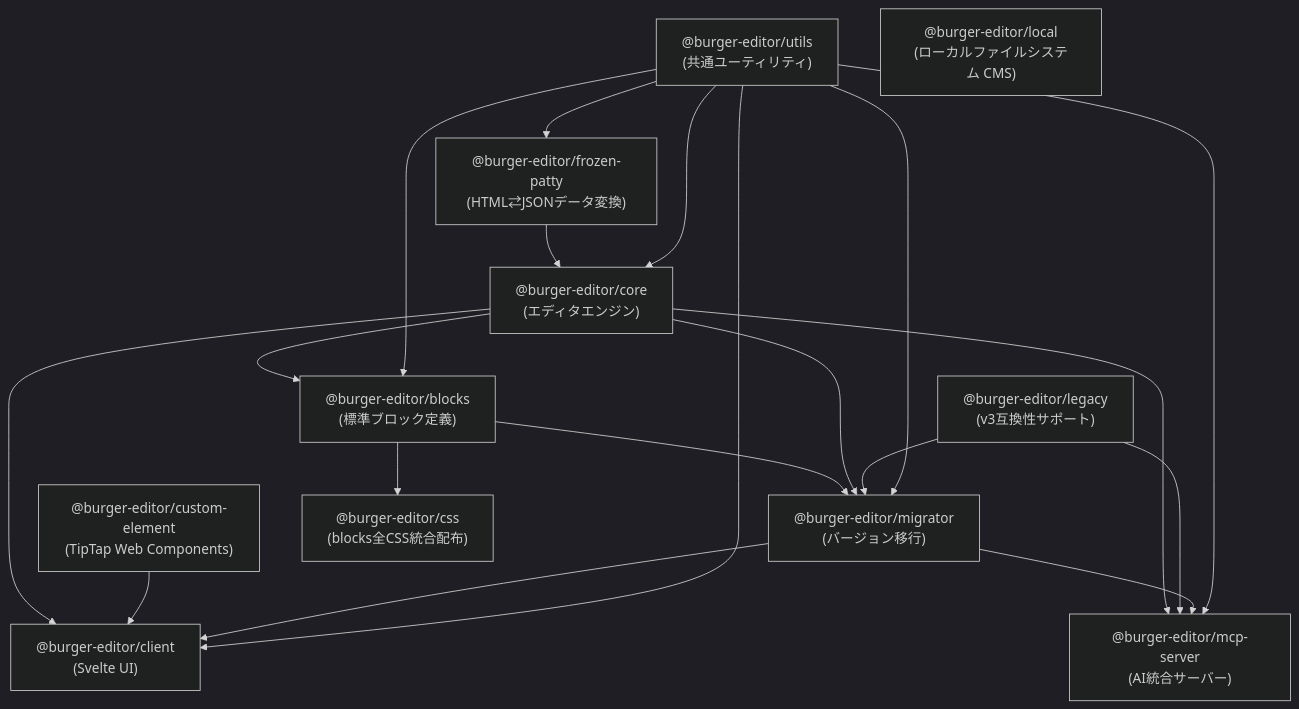
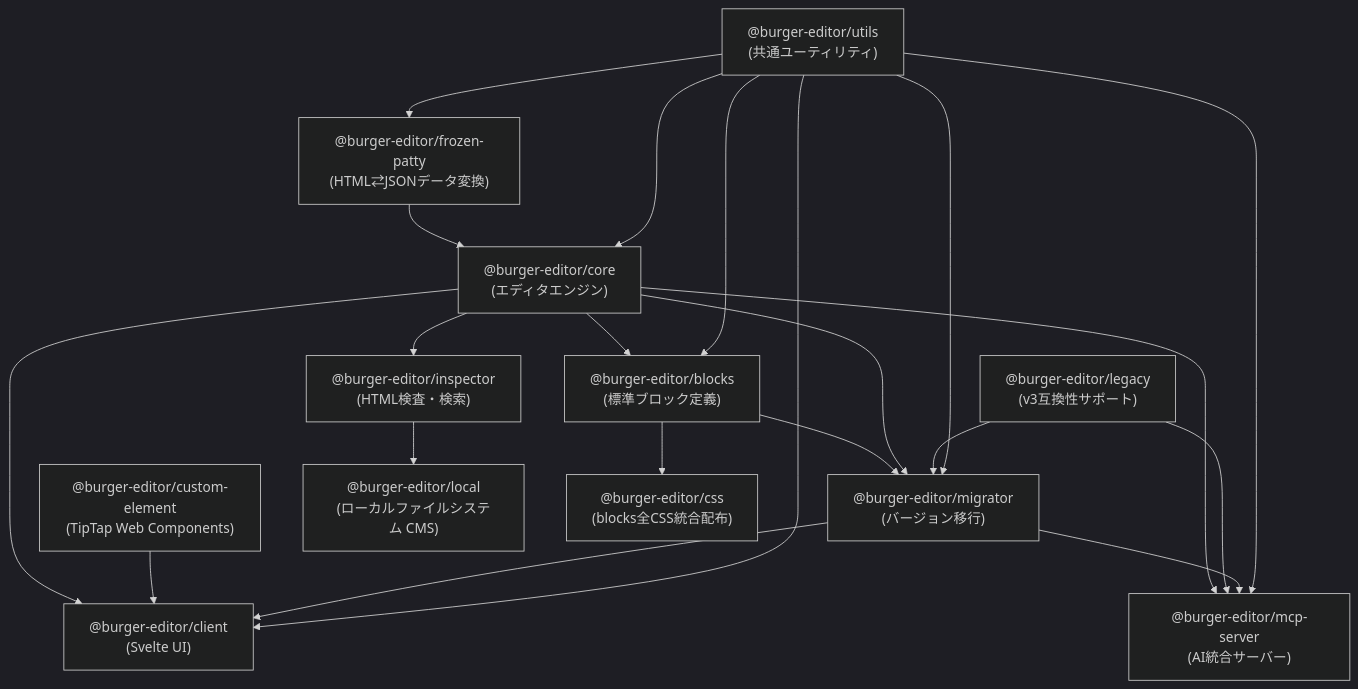
The diagram in ARCHITECTURE.md (d-zero-dev/BurgerEditor), drawn with Mermaid (dark theme) before and after one commit. The commit also changed other lines of this file and 19 other files, not shown here.

````diff
--- a/ARCHITECTURE.md
+++ b/ARCHITECTURE.md
@@ -9,48 +9,54 @@
 ```mermaid
 graph TD
     utils["@burger-editor/utils<br/>(共通ユーティリティ)"]
     frozen["@burger-editor/frozen-patty<br/>(HTML⇄JSONデータ変換)"]
     core["@burger-editor/core<br/>(エディタエンジン)"]
     blocks["@burger-editor/blocks<br/>(標準ブロック定義)"]
     client["@burger-editor/client<br/>(Svelte UI)"]
     custom["@burger-editor/custom-element<br/>(TipTap Web Components)"]
     migrator["@burger-editor/migrator<br/>(バージョン移行)"]
+    inspector["@burger-editor/inspector<br/>(HTML検査・検索)"]
     local["@burger-editor/local<br/>(ローカルファイルシステム CMS)"]
     mcp["@burger-editor/mcp-server<br/>(AI統合サーバー)"]
     legacy["@burger-editor/legacy<br/>(v3互換性サポート)"]
     css["@burger-editor/css<br/>(blocks全CSS統合配布)"]
 
     %% Core dependencies
     utils --> frozen
     frozen --> core
     utils --> core
 
     %% Block dependencies
     core --> blocks
     utils --> blocks
 
     %% CSS distribution
     blocks --> css
 
     %% Client dependencies
     core --> client
     custom --> client
     migrator --> client
     utils --> client
 
     %% Migrator dependencies
     blocks --> migrator
     core --> migrator
     legacy --> migrator
     utils --> migrator
 
+    %% Inspector dependencies
+    core --> inspector
+
+    %% Local dependencies
+    inspector --> local
+
     %% MCP Server dependencies
     core --> mcp
     legacy --> mcp
     migrator --> mcp
     utils --> mcp
 
     %% Independent packages
-    local
     legacy
 ```
````
